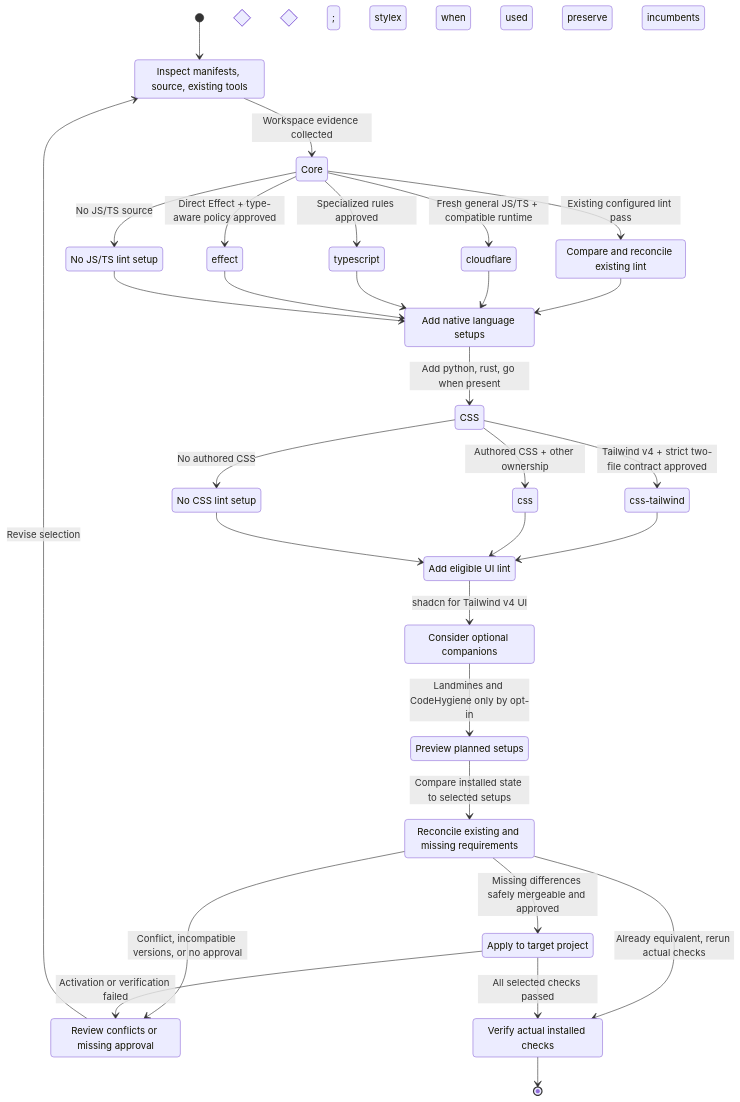
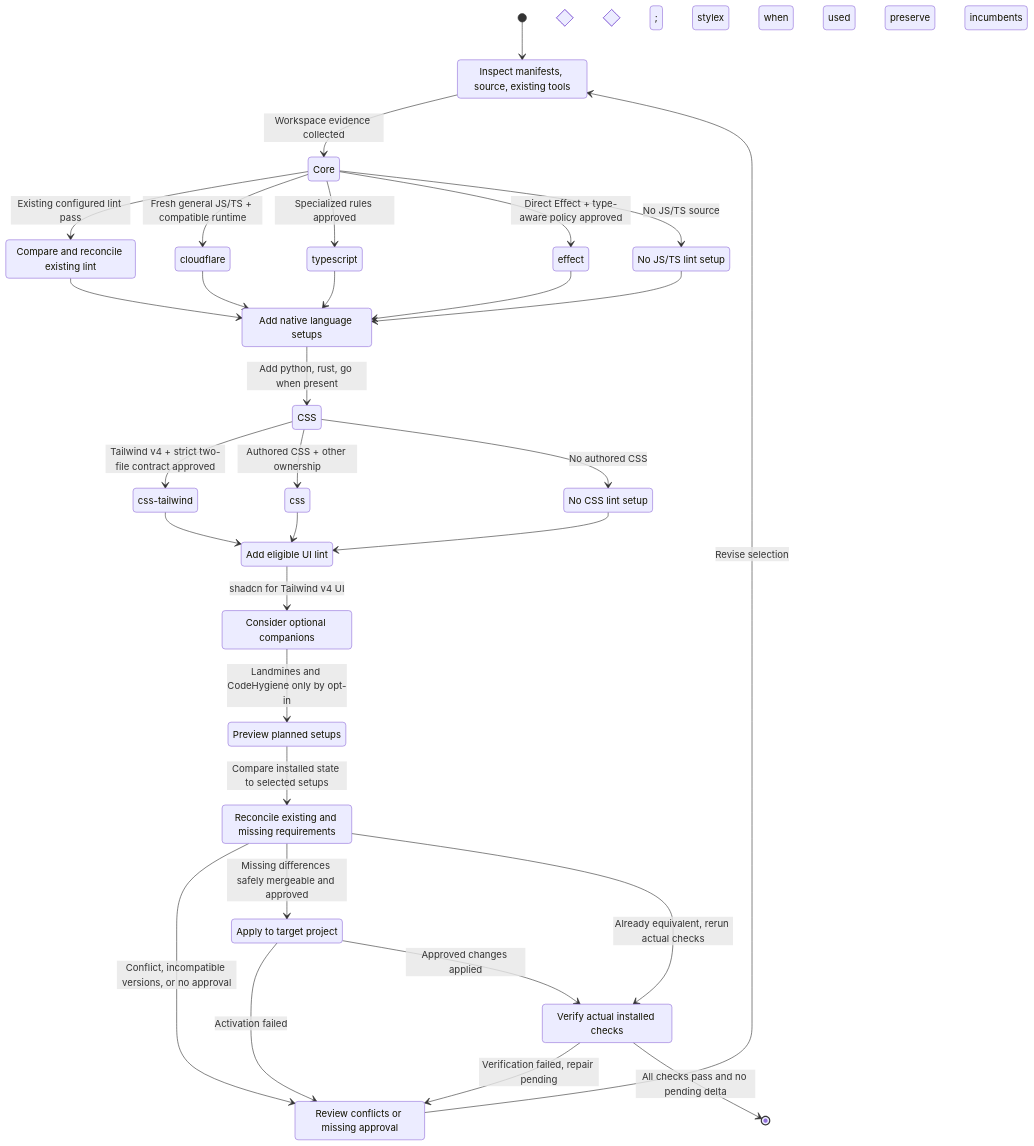
The diagram in docs/setup-selection-statechart.md (AcidicSoil/anti-slop), drawn with Mermaid before and after one commit. The commit also changed other lines of this file and 7 other files, not shown here.

````diff
--- a/docs/setup-selection-statechart.md
+++ b/docs/setup-selection-statechart.md
@@ -5,58 +5,59 @@
 ```mermaid
 stateDiagram-v2
     direction TB
 
     [*] --> Inspect
     state "Inspect manifests, source, existing tools" as Inspect
     state "Choose one JS/TS lint strategy" as Core <<choice>>
     Inspect --> Core: Workspace evidence collected
 
     state "Compare and reconcile existing lint" as Existing
     state "cloudflare" as Cloudflare
     state "typescript" as TypeScript
     state "effect" as Effect
     state "No JS/TS lint setup" as NoJS
     Core --> Existing: Existing configured lint pass
     Core --> Cloudflare: Fresh general JS/TS + compatible runtime
     Core --> TypeScript: Specialized rules approved
     Core --> Effect: Direct Effect + type-aware policy approved
     Core --> NoJS: No JS/TS source
 
     state "Add native language setups" as Native
     Existing --> Native
     Cloudflare --> Native
     TypeScript --> Native
     Effect --> Native
     NoJS --> Native
 
     state "Choose authored-CSS lint" as CSS <<choice>>
     Native --> CSS: Add python, rust, go when present
     state "css-tailwind" as StrictCSS
     state "css" as GeneralCSS
     state "No CSS lint setup" as NoCSS
     CSS --> StrictCSS: Tailwind v4 + strict two-file contract approved
     CSS --> GeneralCSS: Authored CSS + other ownership
     CSS --> NoCSS: No authored CSS
 
     state "Add eligible UI lint" as UI
     StrictCSS --> UI
     GeneralCSS --> UI
     NoCSS --> UI
     state "Consider optional companions" as Optional
     UI --> Optional: shadcn for Tailwind v4 UI; stylex when used
     state "Preview planned setups" as Preview
     Optional --> Preview: Landmines and CodeHygiene only by opt-in
     state "Reconcile existing and missing requirements" as Reconcile
     Preview --> Reconcile: Compare installed state to selected setups
 
     state "Review conflicts or missing approval" as Review
     state "Apply to target project" as Apply
     state "Verify actual installed checks" as Verify
     Reconcile --> Review: Conflict, incompatible versions, or no approval
     Review --> Inspect: Revise selection; preserve incumbents
     Reconcile --> Apply: Missing differences safely mergeable and approved
     Reconcile --> Verify: Already equivalent, rerun actual checks
-    Apply --> Review: Activation or verification failed
-    Apply --> Verify: All selected checks passed
-    Verify --> [*]
+    Apply --> Review: Activation failed
+    Apply --> Verify: Approved changes applied
+    Verify --> Review: Verification failed, repair pending
+    Verify --> [*]: All checks pass and no pending delta
 ```
````
